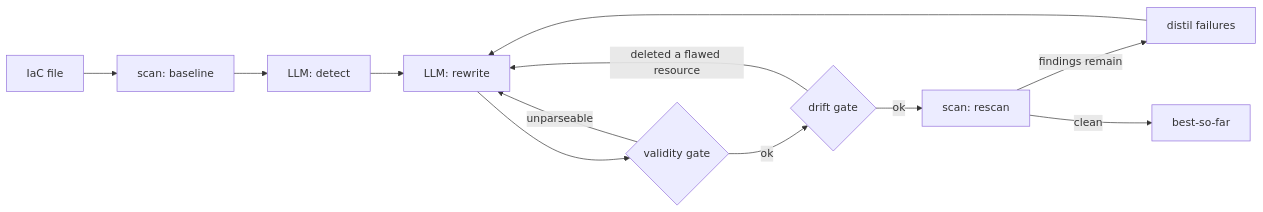
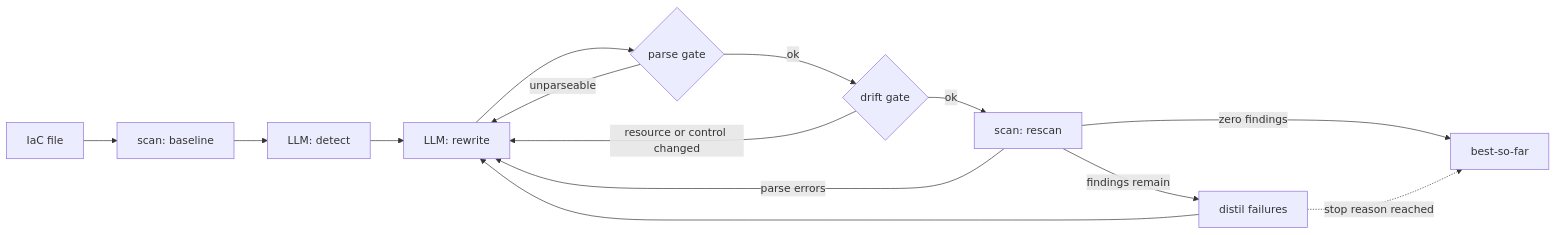
One commit to Shlok014/llm-iac-security changed the diagram in README.md. Above: the diagram before and after it, drawn with Mermaid. The commit also changed other lines of this file and 1 other file, not shown here.

````diff
--- a/README.md
+++ b/README.md
@@ -242,13 +47,15 @@
 ```mermaid
 flowchart LR
     A[IaC file] --> B[scan: baseline]
     B --> C[LLM: detect]
     C --> D[LLM: rewrite]
-    D --> E{validity gate}
+    D --> E{parse gate}
     E -- unparseable --> D
     E -- ok --> F{drift gate}
-    F -- deleted a flawed resource --> D
+    F -- resource or control changed --> D
     F -- ok --> G[scan: rescan]
+    G -- parse errors --> D
     G -- findings remain --> H[distil failures] --> D
-    G -- clean --> I[best-so-far]
+    G -- zero findings --> I[best-so-far]
+    H -. stop reason reached .-> I
 ```
````
